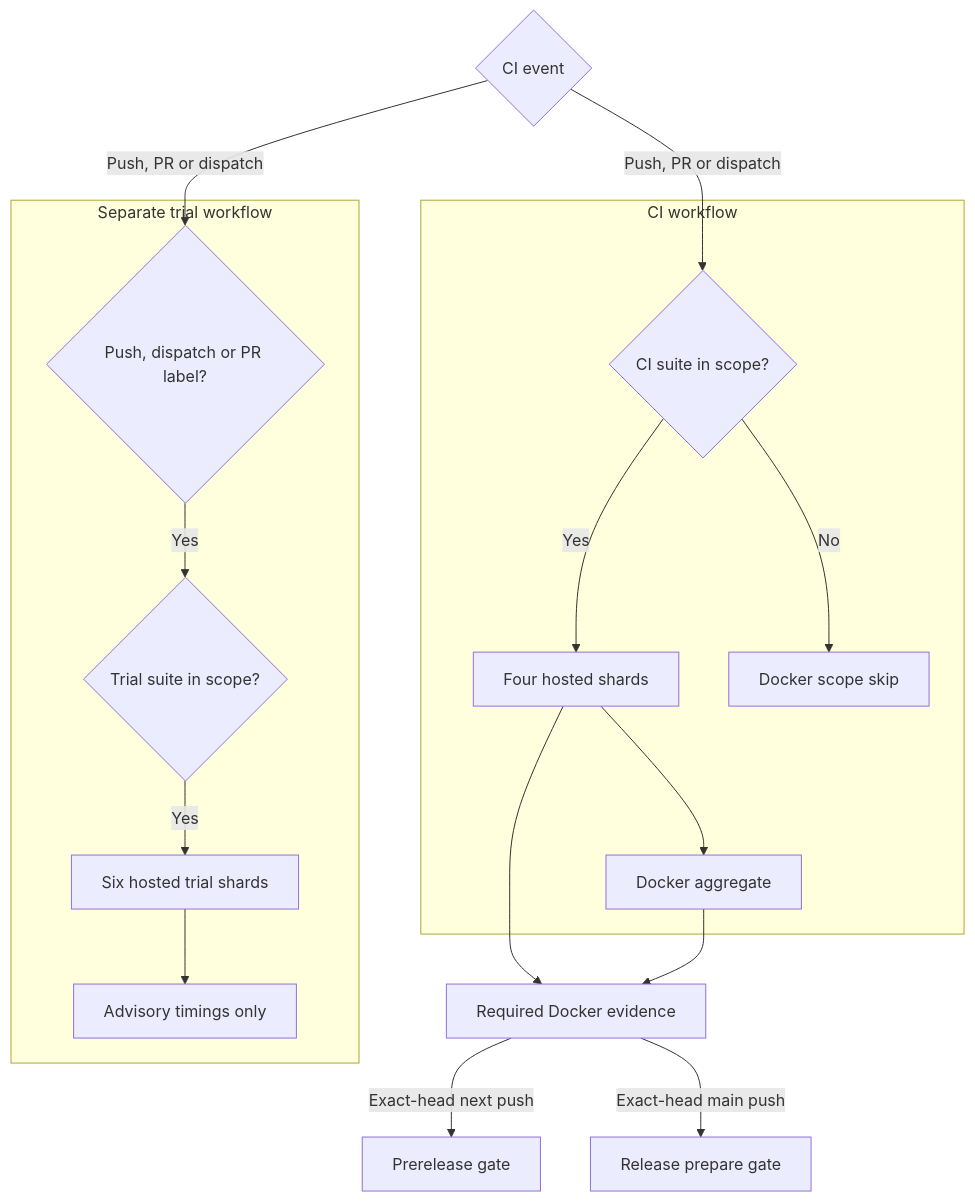
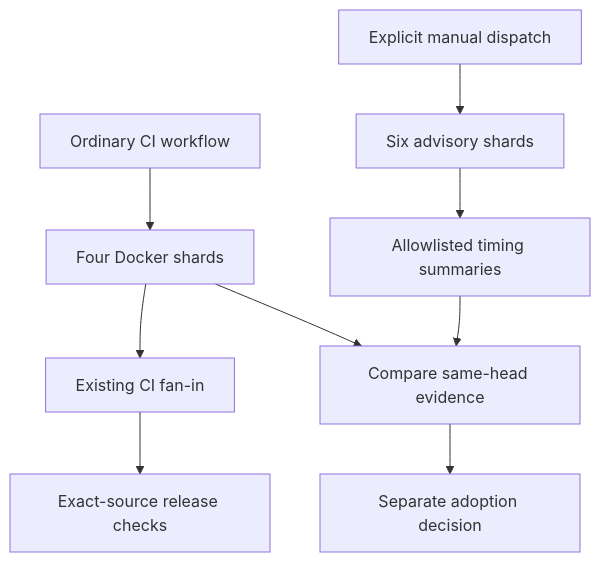
Before and after one commit to hack-dance/hack: the diagram in docs/reference/docker-e2e-trial.mmd, drawn with Mermaid. The commit also changed 4 other files, not shown here.

Commit message:
ci: isolate six-shard Docker experiment from required checks

```diff
--- a/docs/reference/docker-e2e-trial.mmd
+++ b/docs/reference/docker-e2e-trial.mmd
@@ -1,29 +1,12 @@
 flowchart TD
-    event{CI event}
-    event -->|Push, PR or dispatch| scope{CI suite in scope?}
-    scope -->|Yes| four[Four hosted shards]
-    scope -->|No| skip[Docker scope skip]
-    four --> aggregate[Docker aggregate]
-    four --> evidence[Required Docker evidence]
-    aggregate --> evidence
-    evidence -->|Exact-head next push| prerelease[Prerelease gate]
-    evidence -->|Exact-head main push| release[Release prepare gate]
-    event -->|Push, PR or dispatch| opt{Push, dispatch or PR label?}
-    opt -->|Yes| trialscope{Trial suite in scope?}
-    trialscope -->|Yes| six[Six hosted trial shards]
-    six --> metrics[Advisory timings only]
-    subgraph ci[CI workflow]
-      scope
-      four
-      aggregate
-      skip
-    end
-    subgraph trial[Separate trial workflow]
-      opt
-      trialscope
-      six
-      metrics
-    end
-    class four,six live
-    class prerelease,release ok
-    class skip idle
+  ci[Ordinary CI workflow] --> four[Four Docker shards]
+  four --> aggregate[Existing CI fan-in]
+  aggregate --> exact[Exact-source release checks]
+  manual[Explicit manual dispatch] --> six[Six advisory shards]
+  six --> metrics[Allowlisted timing summaries]
+  four --> compare[Compare same-head evidence]
+  metrics --> compare
+  compare --> decision[Separate adoption decision]
+  class four,six live
+  class aggregate,exact ok
+  class compare,decision wait
```
